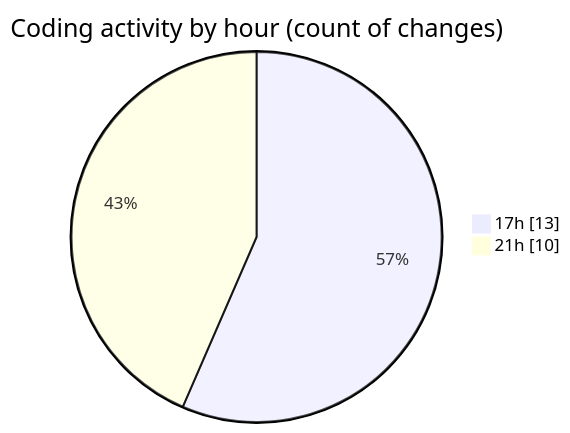
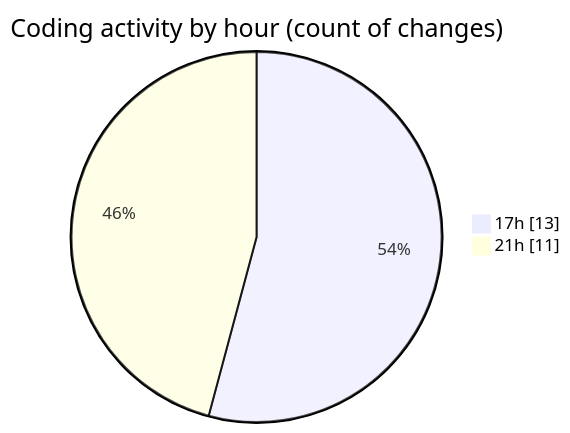
One commit to Unknowalive/code-tracking changed the second of 2 diagrams in 2026-07-03/researchlens/README.md. Above: the diagram before and after it, drawn with Mermaid. The commit also changed other lines of this file and 1 other file, not shown here.

````diff
--- a/2026-07-03/researchlens/README.md
+++ b/2026-07-03/researchlens/README.md
@@ -43,6 +44,6 @@
 ```mermaid
 pie showData
 title Coding activity by hour (count of changes)
 "17h" : 13
-"21h" : 10
+"21h" : 11
 ```
````
